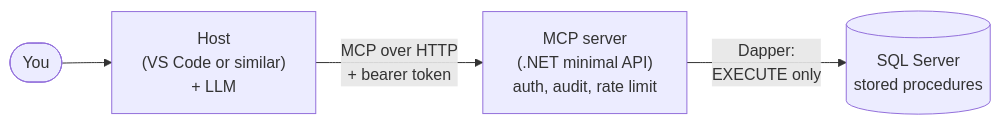
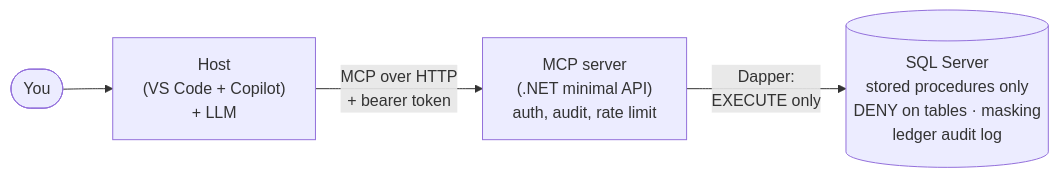
The diagram in README.md (Code-Express-AI/trading-mcp-dotnet), drawn with Mermaid before and after one commit. The commit also changed other lines of this file and 8 other files, not shown here.

````diff
--- a/README.md
+++ b/README.md
@@ -17,6 +80,6 @@
 ```mermaid
 flowchart LR
-    U([You]) --> H["Host<br/>(VS Code or similar)<br/>+ LLM"]
+    U([You]) --> H["Host<br/>(VS Code + Copilot)<br/>+ LLM"]
     H -- "MCP over HTTP<br/>+ bearer token" --> S["MCP server<br/>(.NET minimal API)<br/>auth, audit, rate limit"]
-    S -- "Dapper:<br/>EXECUTE only" --> D[("SQL Server<br/>stored procedures")]
+    S -- "Dapper:<br/>EXECUTE only" --> D[("SQL Server<br/>stored procedures only<br/>DENY on tables · masking<br/>ledger audit log")]
 ```
````
